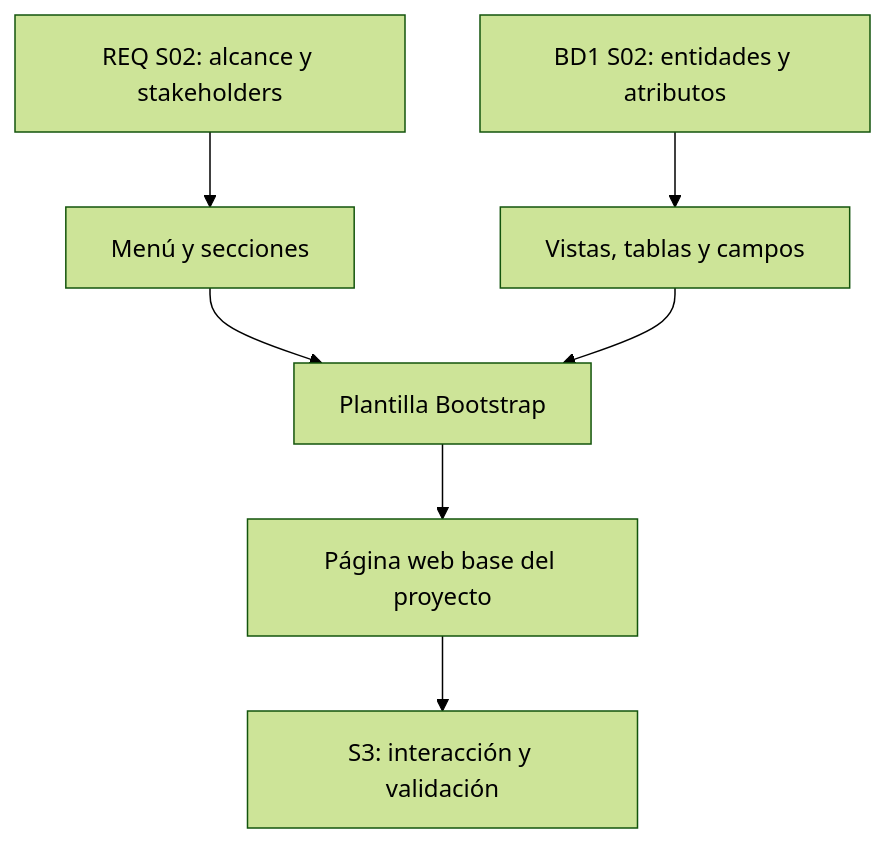
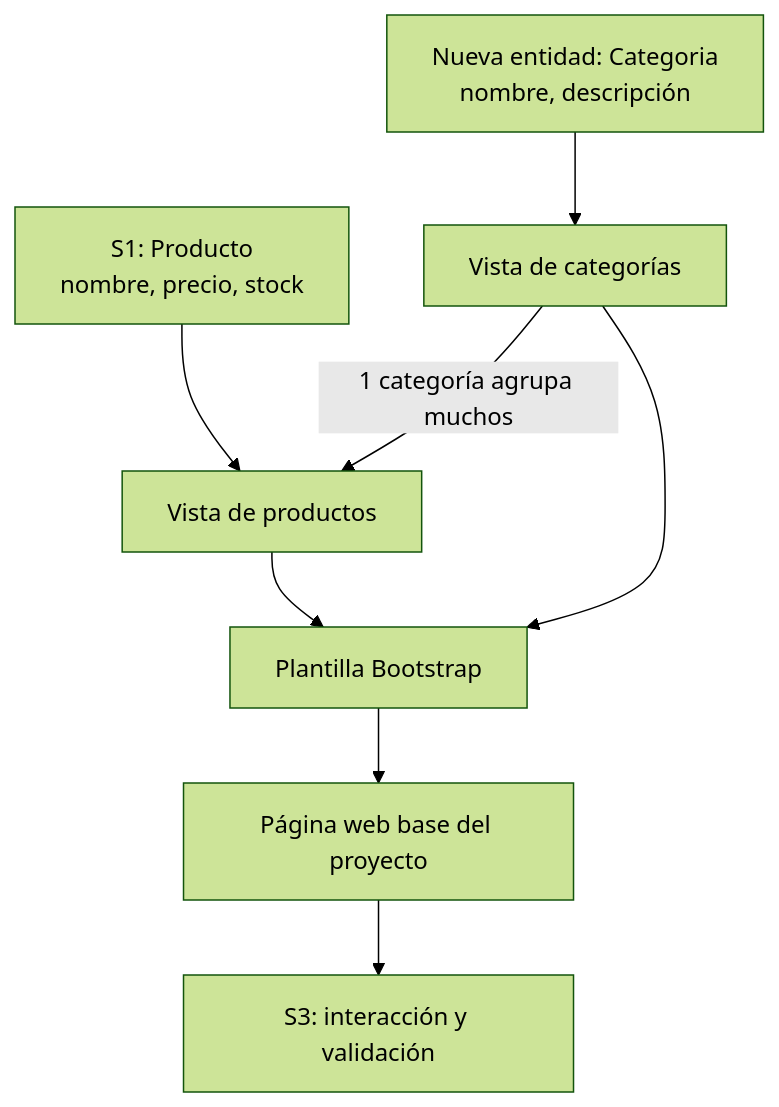
Before and after one commit to 262ciclo3/bomstart: the second of 2 diagrams in docs/lp1/sesiones/S02_HTML_CSS_Bootstrap.md, drawn with Mermaid (forest theme). The commit also changed other lines of this file and 14 other files, not shown here.

````diff
--- a/docs/lp1/sesiones/S02_HTML_CSS_Bootstrap.md
+++ b/docs/lp1/sesiones/S02_HTML_CSS_Bootstrap.md
@@ -93,9 +94,10 @@
 ```mermaid
 flowchart TB
-    A[REQ S02: alcance y stakeholders] --> B[Menú y secciones]
-    C[BD1 S02: entidades y atributos] --> D[Vistas, tablas y campos]
+    A[S1: Producto<br/>nombre, precio, stock] --> B[Vista de productos]
+    C[Nueva entidad: Categoria<br/>nombre, descripción] --> D[Vista de categorías]
+    D -->|1 categoría agrupa muchos| B
     B --> E[Plantilla Bootstrap]
     D --> E
     E --> F[Página web base del proyecto]
     F --> G[S3: interacción y validación]
 ```
````
